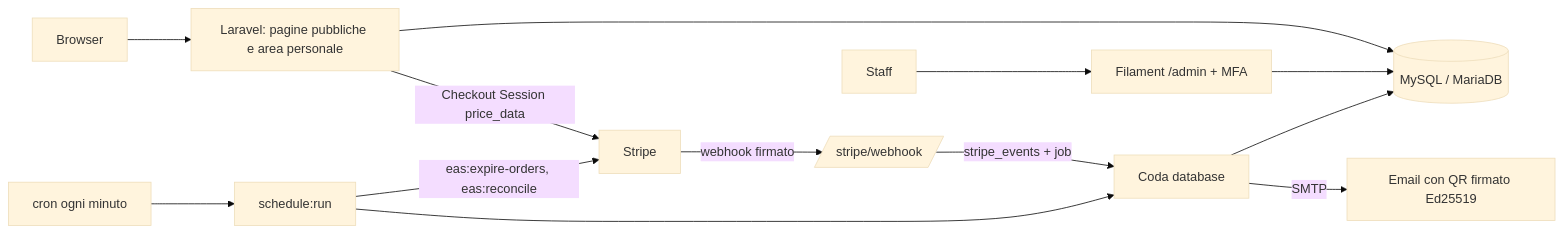
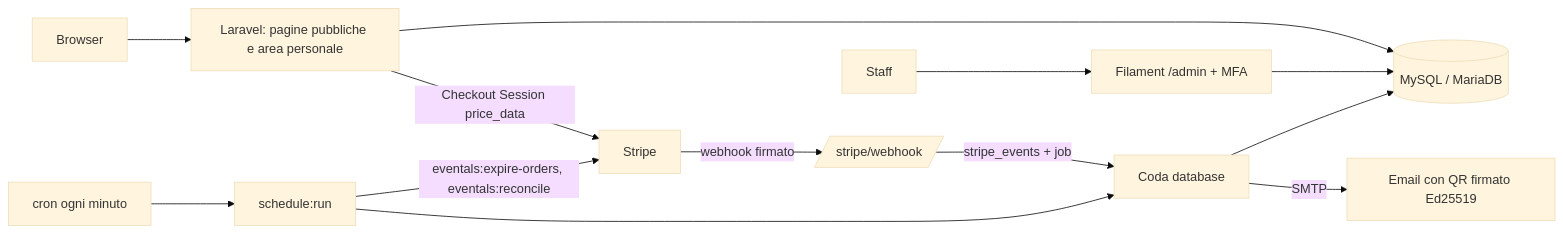
The diagram in docs/per-simone.md (julioojospintados/stripe-eventals), drawn with Mermaid (base theme) before and after one commit. The commit also changed other lines of this file and 109 other files, not shown here.

````diff
--- a/docs/per-simone.md
+++ b/docs/per-simone.md
@@ -22,15 +22,15 @@
 ```mermaid
 flowchart LR
   U[Browser] --> W[Laravel: pagine pubbliche e area personale]
   S[Staff] --> F[Filament /admin + MFA]
   W --> DB[(MySQL / MariaDB)]
   F --> DB
   W -->|Checkout Session price_data| ST[Stripe]
   ST -->|webhook firmato| WH[/stripe/webhook/]
   WH -->|stripe_events + job| Q[Coda database]
   Q --> DB
   C[cron ogni minuto] --> SCH[schedule:run]
   SCH --> Q
-  SCH -->|eas:expire-orders, eas:reconcile| ST
+  SCH -->|eventals:expire-orders, eventals:reconcile| ST
   Q -->|SMTP| M[Email con QR firmato Ed25519]
 ```
````
